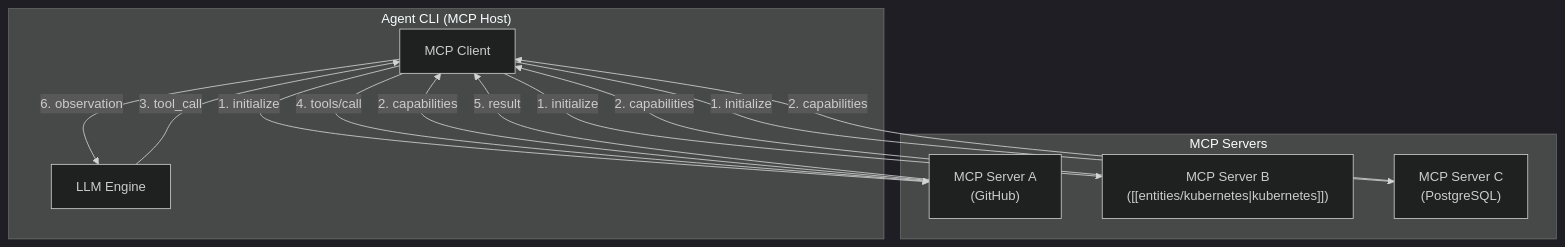
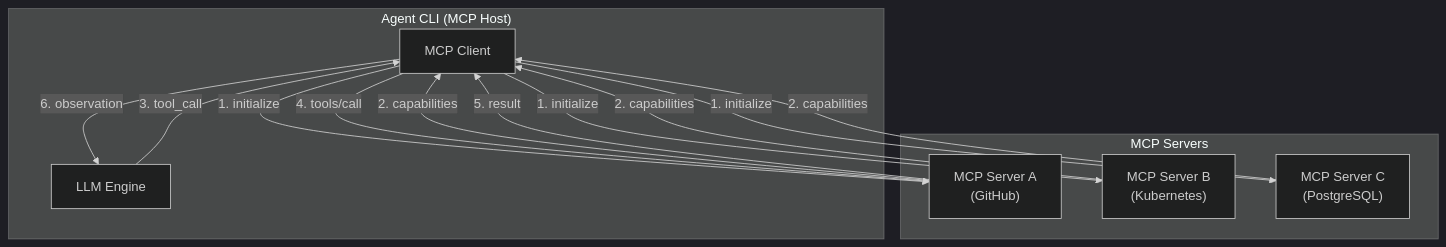
The diagram in domain-14-ai-ml-infra/topic-ai-agent/25-agent-cli-mcp-integration.md (kudig-io/kudig-database), drawn with Mermaid (dark theme) before and after one commit. The commit also changed other lines of this file and 5906 other files, not shown here.

````diff
--- a/domain-14-ai-ml-infra/topic-ai-agent/25-agent-cli-mcp-integration.md
+++ b/domain-14-ai-ml-infra/topic-ai-agent/25-agent-cli-mcp-integration.md
@@ -86,24 +128,24 @@
 ```mermaid
 graph TB
     subgraph Host["Agent CLI (MCP Host)"]
         CLIENT["MCP Client"]
         LLM["LLM Engine"]
     end
     
     subgraph Servers["MCP Servers"]
         S1["MCP Server A<br/>(GitHub)"]
-        S2["MCP Server B<br/>([[entities/kubernetes|kubernetes]])"]
+        S2["MCP Server B<br/>(Kubernetes)"]
         S3["MCP Server C<br/>(PostgreSQL)"]
     end
     
     CLIENT -- "1. initialize" --> S1
     CLIENT -- "1. initialize" --> S2
     CLIENT -- "1. initialize" --> S3
     S1 -- "2. capabilities" --> CLIENT
     S2 -- "2. capabilities" --> CLIENT
     S3 -- "2. capabilities" --> CLIENT
     LLM -- "3. tool_call" --> CLIENT
     CLIENT -- "4. tools/call" --> S1
     S1 -- "5. result" --> CLIENT
     CLIENT -- "6. observation" --> LLM
 ```
````
